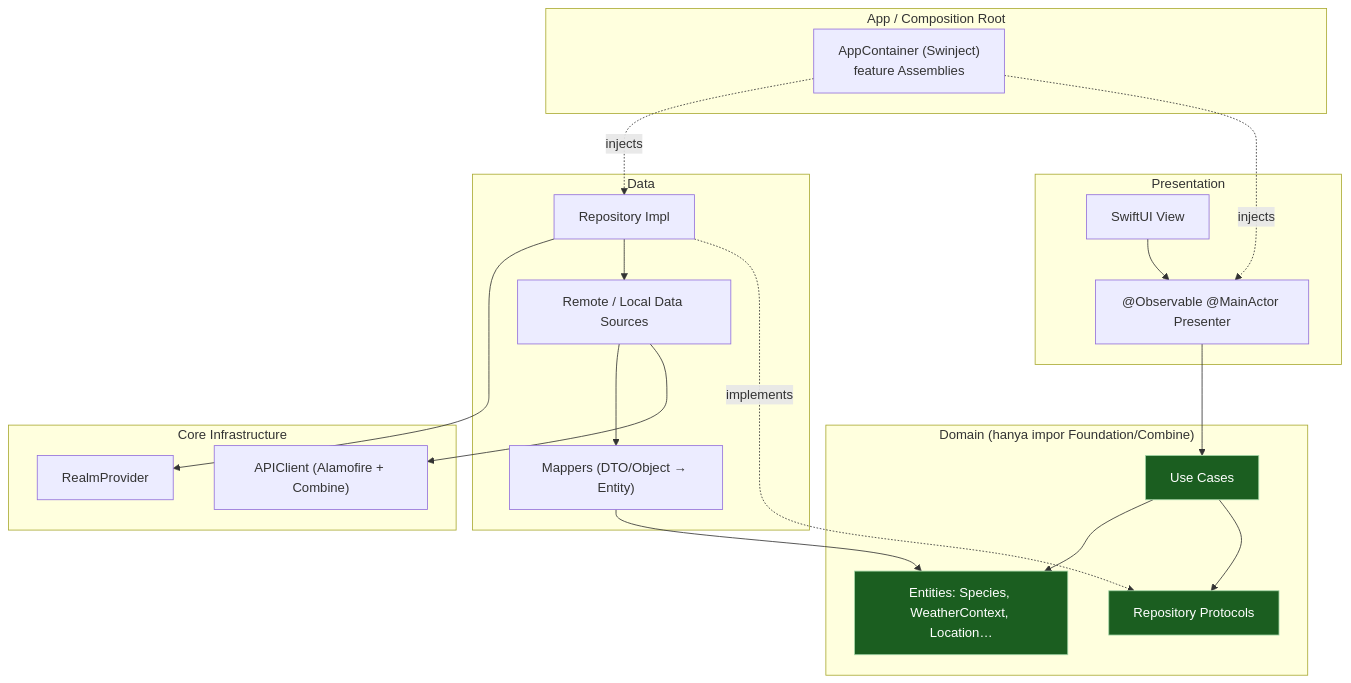
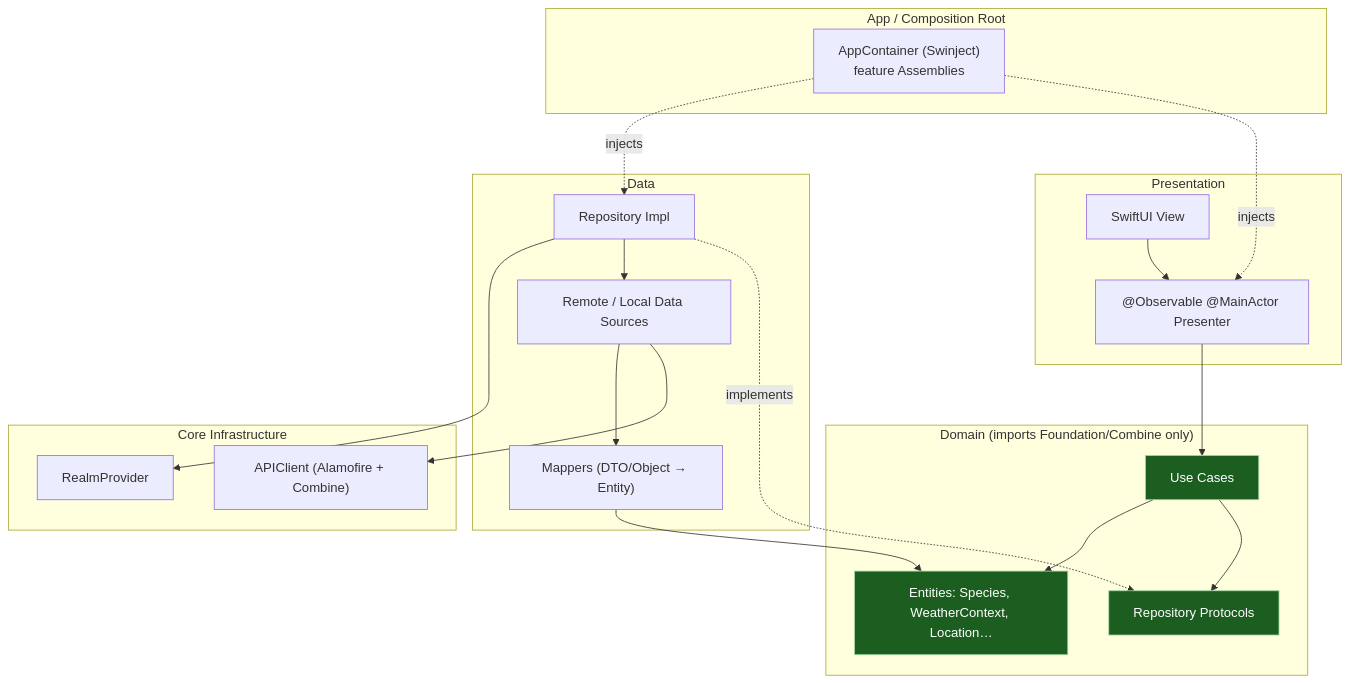
Before and after one commit to rfbnr/NaturaPulse: the first of 2 diagrams in README.md, drawn with Mermaid. The commit also changed other lines of this file and 2 other files, not shown here.

````diff
--- a/README.md
+++ b/README.md
@@ -39,36 +59,36 @@
 ```mermaid
 flowchart TD
     subgraph App["App / Composition Root"]
         AC["AppContainer (Swinject)\nfeature Assemblies"]
     end
     subgraph Presentation
         V["SwiftUI View"]
         P["@Observable @MainActor Presenter"]
     end
-    subgraph Domain["Domain (hanya impor Foundation/Combine)"]
+    subgraph Domain["Domain (imports Foundation/Combine only)"]
         UC["Use Cases"]
         RP["Repository Protocols"]
         E["Entities: Species, WeatherContext, Location…"]
     end
     subgraph Data
         RI["Repository Impl"]
         DS["Remote / Local Data Sources"]
         M["Mappers (DTO/Object → Entity)"]
     end
     subgraph Infra["Core Infrastructure"]
         API["APIClient (Alamofire + Combine)"]
         DB["RealmProvider"]
     end
 
     V --> P --> UC --> RP
     RI -. implements .-> RP
     RI --> DS --> API
     RI --> DB
     DS --> M --> E
     UC --> E
     AC -. injects .-> P
     AC -. injects .-> RI
 
     classDef domain fill:#1b5e20,stroke:#a5d6a7,color:#fff;
     class UC,RP,E domain;
 ```
````
